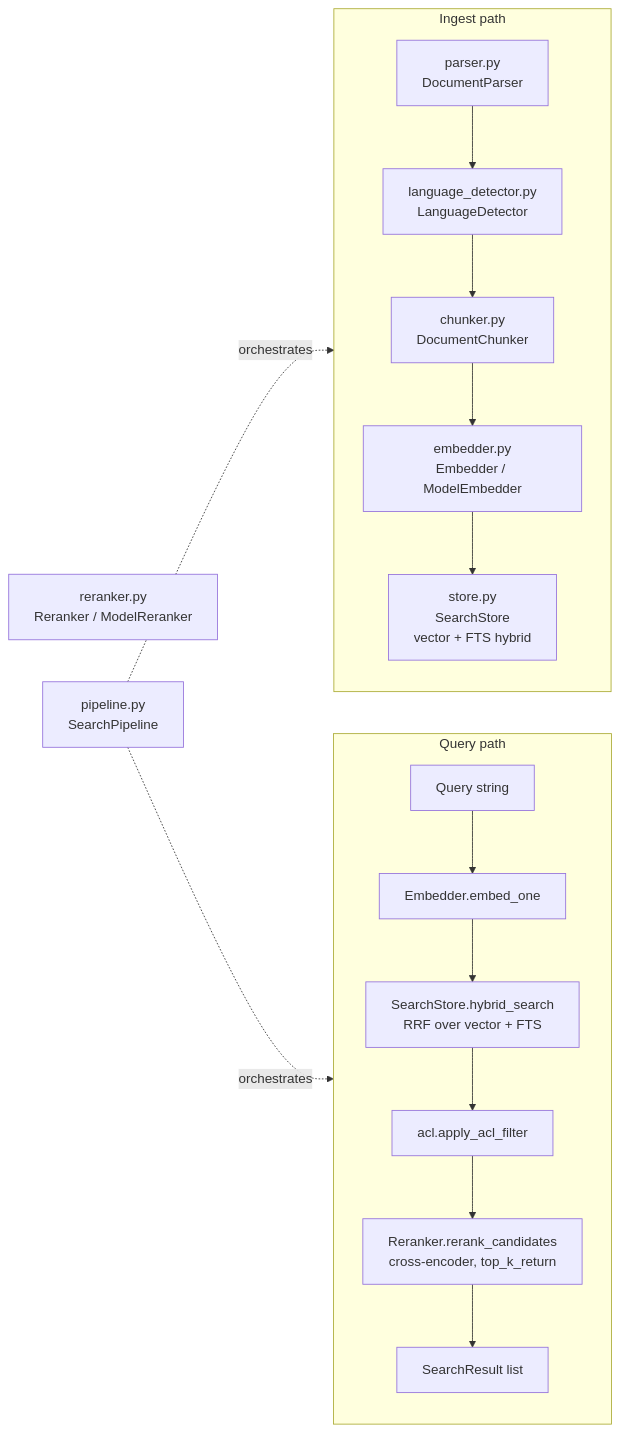
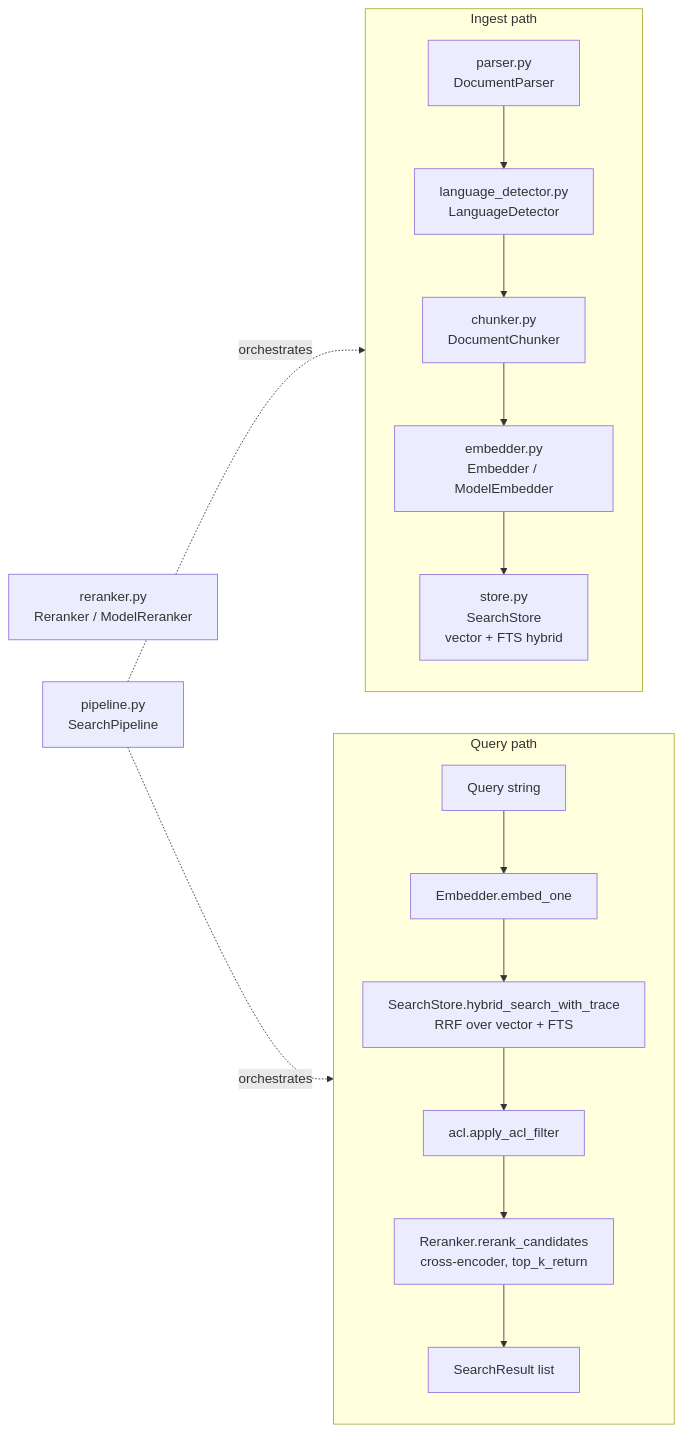
The third of 3 diagrams in Documentation/Architecture/100_system_architecture_overview.md (user538295/archon-search), drawn with Mermaid before and after one commit. The commit also changed other lines of this file and 159 other files, not shown here.

````diff
--- a/Documentation/Architecture/100_system_architecture_overview.md
+++ b/Documentation/Architecture/100_system_architecture_overview.md
@@ -89,27 +89,27 @@
 ```mermaid
 flowchart LR
     Q[Query string]
     P[parser.py<br/>DocumentParser]
     C[chunker.py<br/>DocumentChunker]
     E[embedder.py<br/>Embedder / ModelEmbedder]
     S[store.py<br/>SearchStore<br/>vector + FTS hybrid]
     R[reranker.py<br/>Reranker / ModelReranker]
     PL[pipeline.py<br/>SearchPipeline]
 
     LD[language_detector.py<br/>LanguageDetector]
 
     subgraph ingest[Ingest path]
       P --> LD --> C --> E --> S
     end
 
     subgraph query[Query path]
       Q --> E2[Embedder.embed_one]
-      E2 --> SH[SearchStore.hybrid_search<br/>RRF over vector + FTS]
+      E2 --> SH[SearchStore.hybrid_search_with_trace<br/>RRF over vector + FTS]
       SH --> ACL[acl.apply_acl_filter]
       ACL --> R2[Reranker.rerank_candidates<br/>cross-encoder, top_k_return]
       R2 --> OUT[SearchResult list]
     end
 
     PL -.orchestrates.-> ingest
     PL -.orchestrates.-> query
 ```
````
